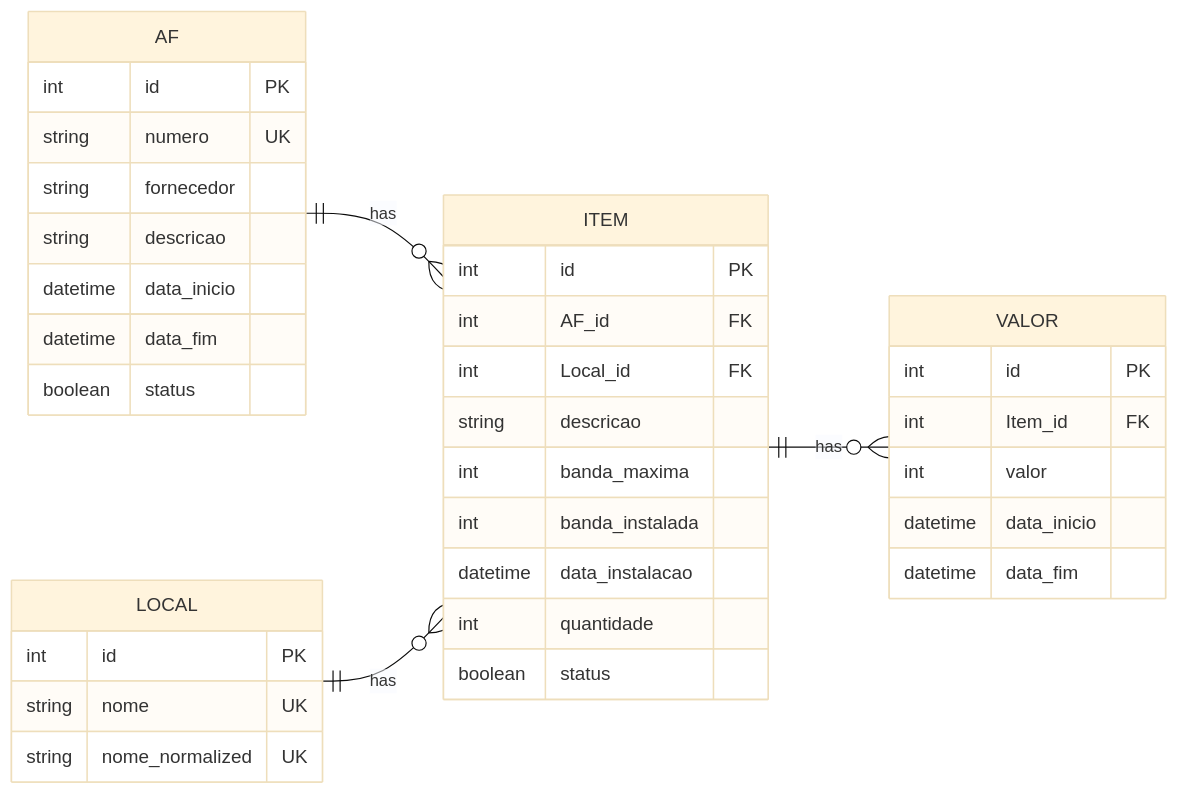
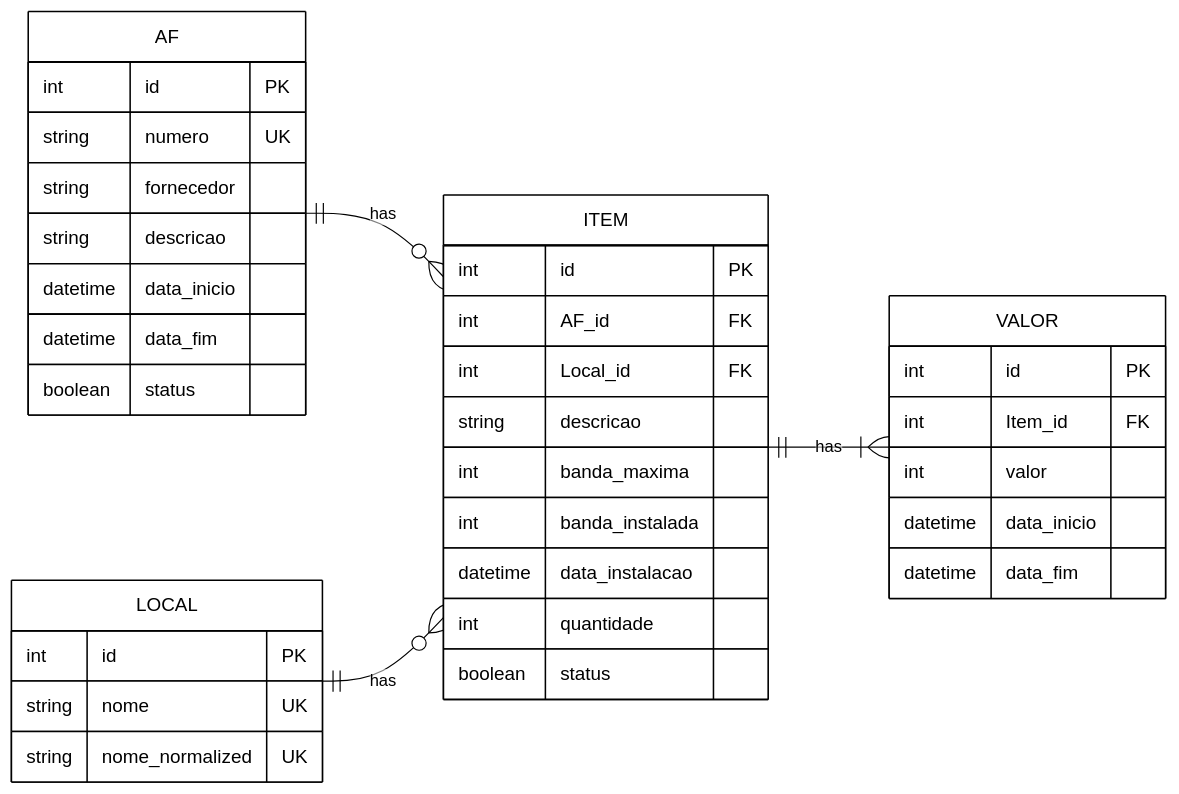
One commit to r-malon/sgaf-js changed the diagram in sgaf.mermaid. Above: the diagram before and after it, drawn with Mermaid. The commit also changed 17 other files, not shown here.

```diff
--- a/sgaf.mermaid
+++ b/sgaf.mermaid
@@ -1,38 +1,38 @@
-%%{init: {'theme': 'base'}}%%
+%%{init: {'theme': 'base', 'themeVariables': {'fontFamily': 'monospace', 'primaryColor': '#ffffff', 'primaryTextColor': '#000000', 'primaryBorderColor': '#000000', 'lineColor': '#000000', 'secondaryColor': '#ffffff', 'tertiaryColor': '#ffffff', 'background': '#ffffff'}}}%%
 erDiagram
 	direction LR
 	AF {
 		int id PK
 		string numero UK
 		string fornecedor
 		string descricao
 		datetime data_inicio
 		datetime data_fim
 		boolean status
 	}
 	LOCAL {
 		int id PK
 		string nome UK
 		string nome_normalized UK
 	}
 	ITEM {
 		int id PK
 		int AF_id FK
 		int Local_id FK
 		string descricao
 		int banda_maxima
 		int banda_instalada
 		datetime data_instalacao
 		int quantidade
 		boolean status
 	}
 	VALOR {
 		int id PK
 		int Item_id FK
 		int valor
 		datetime data_inicio
 		datetime data_fim
 	}
-	AF ||--o{ ITEM : "has"
-	LOCAL ||--o{ ITEM : "has"
-	ITEM ||--o{ VALOR : "has"
+	AF ||--o{ ITEM : has
+	LOCAL ||--o{ ITEM : has
+	ITEM ||--|{ VALOR : has
```
